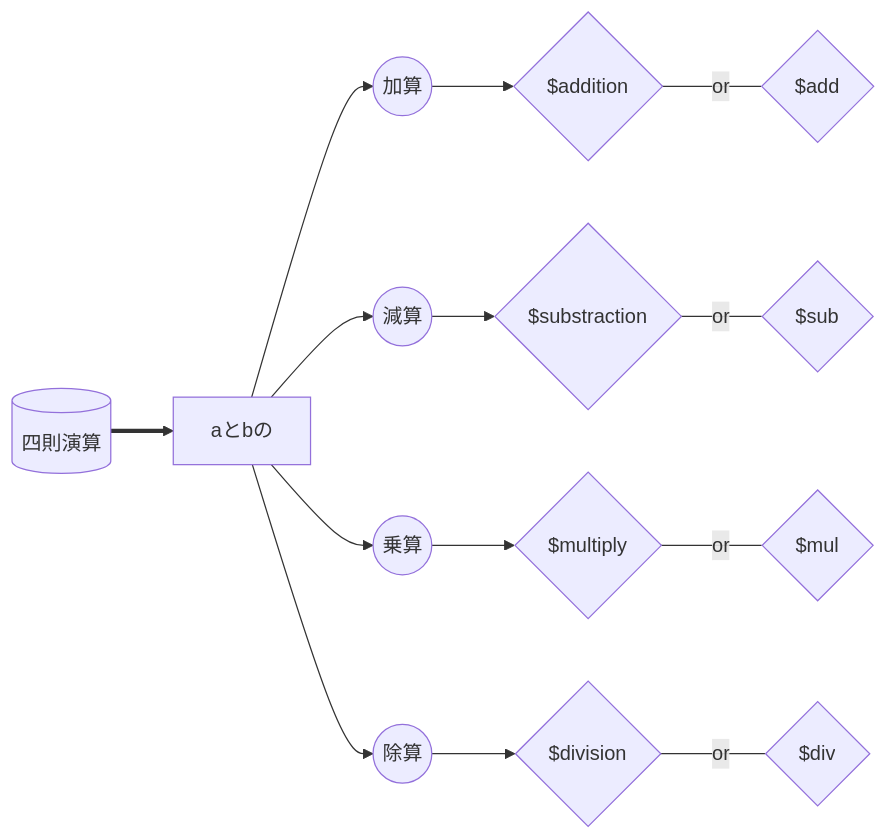
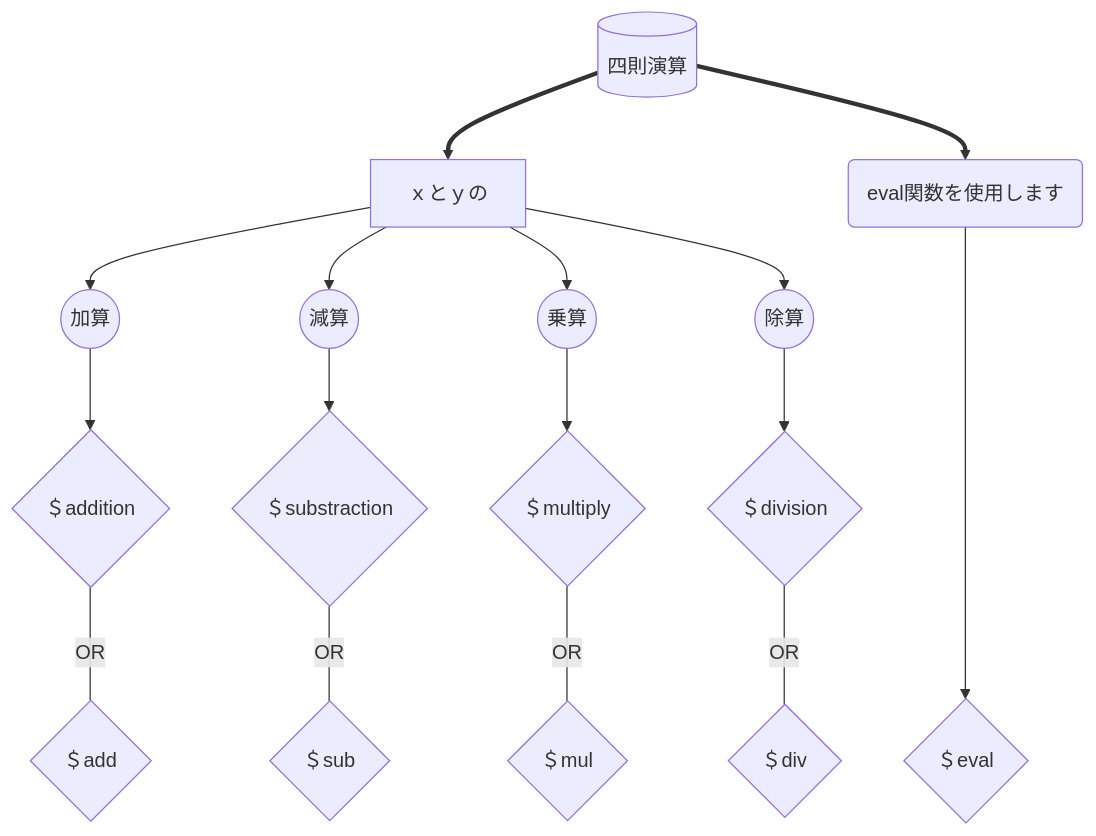
Before and after one commit to SIGESPLIDE/discordBOT-editible-: the third of 5 diagrams in README.md, drawn with Mermaid. The commit also changed other lines of this file and 4 other files, not shown here.

````diff
--- a/README.md
+++ b/README.md
@@ -52,18 +57,30 @@
 ```mermaid
-flowchart LR
+graph TD
     A[(四則演算)]
-    B[aとbの]
-    a{$addition}
-    b{$substraction}
-    c{$multiply}
-    d{$division}
-    a -- or --- e{$add}
-    b -- or --- f{$sub}
-    c -- or --- g{$mul}
-    d -- or --- h{$div}
+    B[ｘとｙの]
+
+    a{"＄"addition}
+    b{"＄"substraction}
+    c{"＄"multiply}
+    d{"＄"division}
+        a'{"＄"add}
+        b'{"＄"sub}
+        c'{"＄"mul}
+        d'{"＄"div}
+
+    a -- OR --- a'
+    b -- OR --- b'
+    c -- OR --- c'
+    d -- OR --- d'
+
     B-->2((加算))-->a
     B-->3((減算))-->b
     B-->4((乗算))-->c
     B-->5((除算))-->d
     A ==> B
+    A ==> y
+
+    x{"＄eval"}
+    y(eval関数を使用します)
+    y---->x
 ```
````
